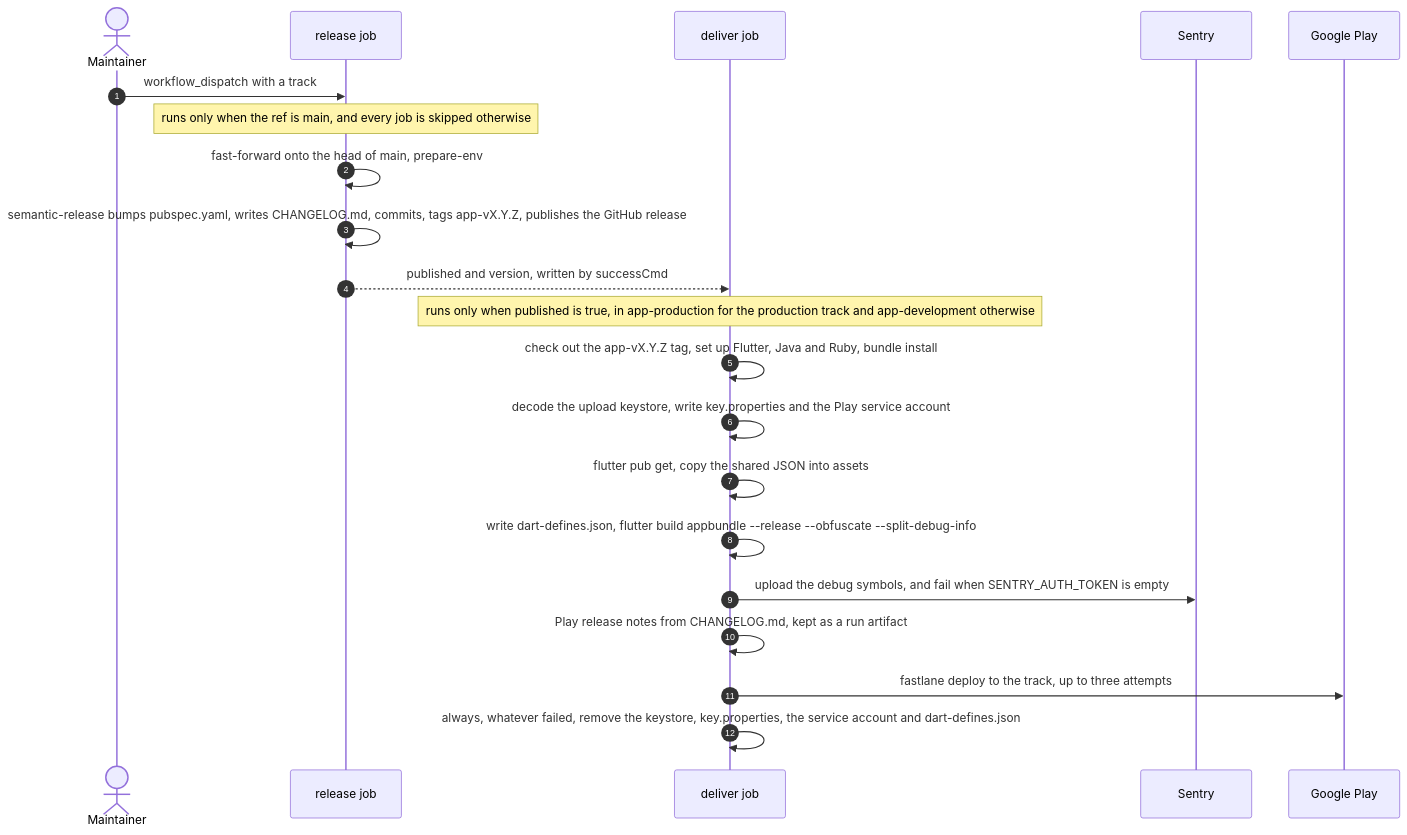
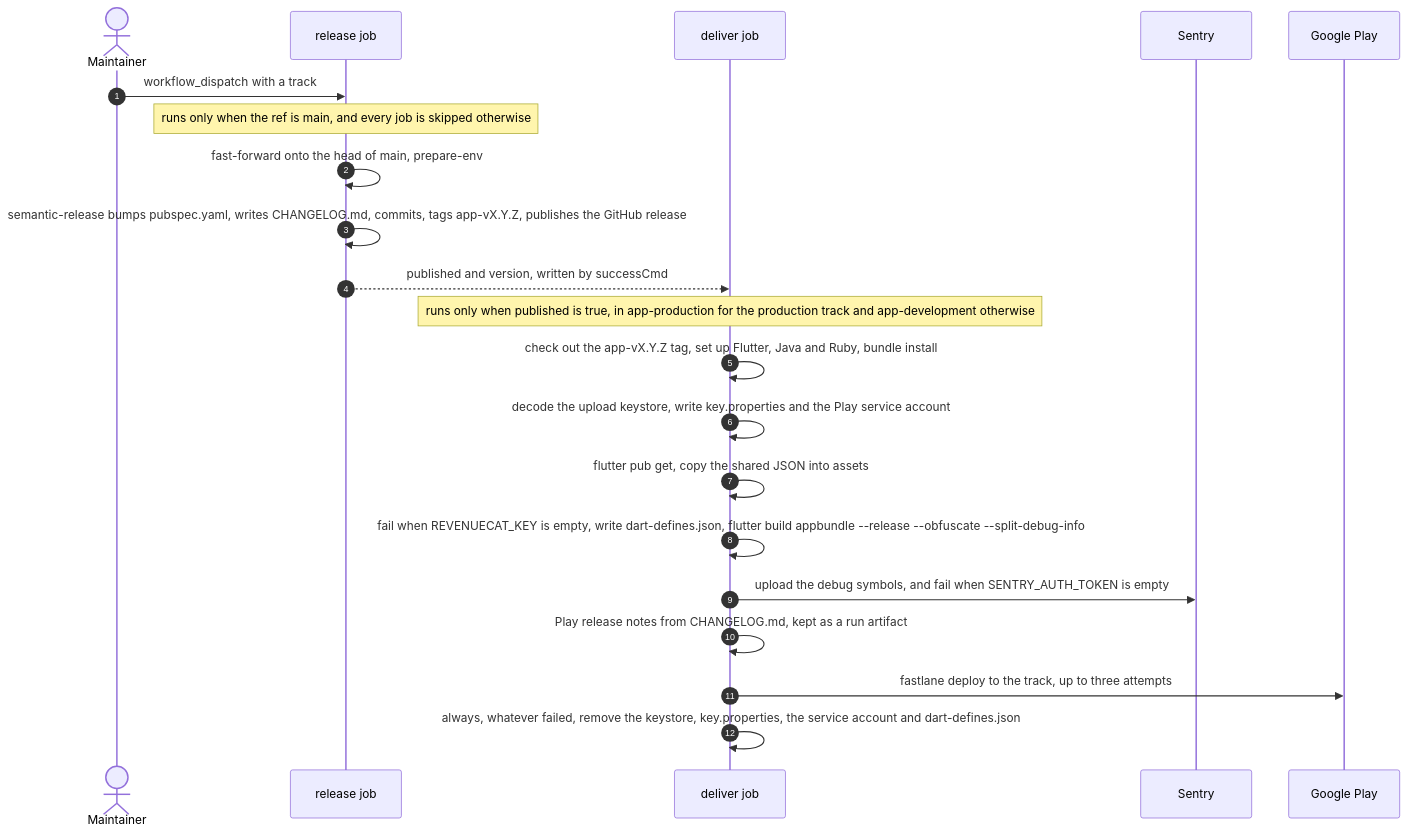
Before and after one commit to fbuireu/contribKit: the third of 4 diagrams in docs/wiki/CI-CD.md, drawn with Mermaid. The commit also changed other lines of this file and 4 other files, not shown here.

First line of the commit message:
ci: fail the app release when REVENUECAT_KEY is empty, instead of shipping no Tip Jar

````diff
--- a/docs/wiki/CI-CD.md
+++ b/docs/wiki/CI-CD.md
@@ -238,28 +238,28 @@
 ```mermaid
 ---
 config:
   look: handDrawn
   layout: dagre
 ---
 sequenceDiagram
     autonumber
     actor Maintainer
     participant Release as release job
     participant Deliver as deliver job
     participant Sentry
     participant Play as Google Play
     Maintainer->>Release: workflow_dispatch with a track
     Note over Release: runs only when the ref is main, and every job is skipped otherwise
     Release->>Release: fast-forward onto the head of main, prepare-env
     Release->>Release: semantic-release bumps pubspec.yaml, writes CHANGELOG.md, commits, tags app-vX.Y.Z, publishes the GitHub release
     Release-->>Deliver: published and version, written by successCmd
     Note over Deliver: runs only when published is true, in app-production for the production track and app-development otherwise
     Deliver->>Deliver: check out the app-vX.Y.Z tag, set up Flutter, Java and Ruby, bundle install
     Deliver->>Deliver: decode the upload keystore, write key.properties and the Play service account
     Deliver->>Deliver: flutter pub get, copy the shared JSON into assets
-    Deliver->>Deliver: write dart-defines.json, flutter build appbundle --release --obfuscate --split-debug-info
+    Deliver->>Deliver: fail when REVENUECAT_KEY is empty, write dart-defines.json, flutter build appbundle --release --obfuscate --split-debug-info
     Deliver->>Sentry: upload the debug symbols, and fail when SENTRY_AUTH_TOKEN is empty
     Deliver->>Deliver: Play release notes from CHANGELOG.md, kept as a run artifact
     Deliver->>Play: fastlane deploy to the track, up to three attempts
     Deliver->>Deliver: always, whatever failed, remove the keystore, key.properties, the service account and dart-defines.json
 ```
````
